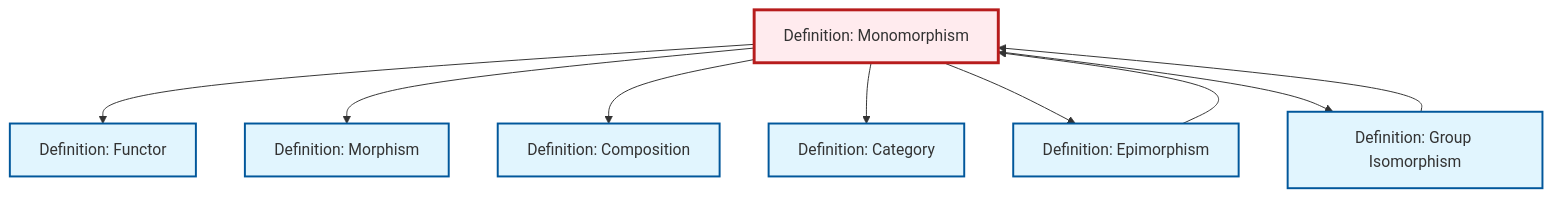
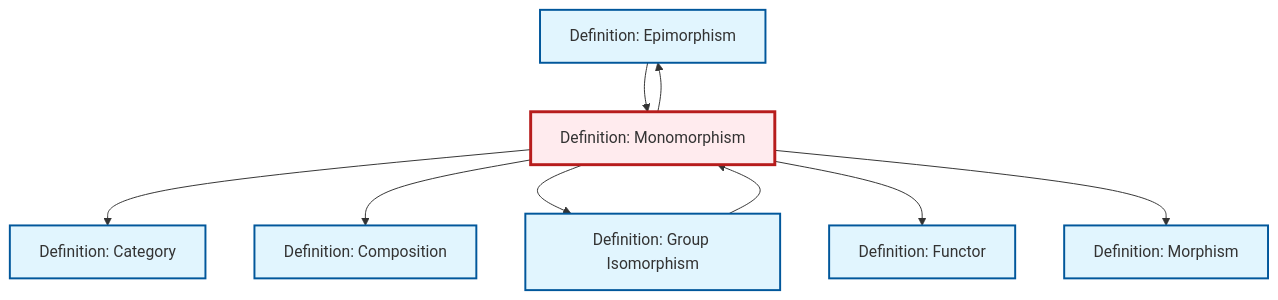
The diagram in content/en/category-theory/def-monomorphism.qmd (RK0429/ModernMath), drawn with Mermaid before and after one commit. The commit also changed other lines of this file and 634 other files, not shown here.

````diff
--- a/content/en/category-theory/def-monomorphism.qmd
+++ b/content/en/category-theory/def-monomorphism.qmd
@@ -95,31 +95,31 @@
 ```{mermaid}
 %%| fig-cap: "Local dependency graph"
 graph TD
     classDef definition fill:#e1f5fe,stroke:#01579b,stroke-width:2px
     classDef theorem fill:#f3e5f5,stroke:#4a148c,stroke-width:2px
     classDef axiom fill:#fff3e0,stroke:#e65100,stroke-width:2px
     classDef example fill:#e8f5e9,stroke:#1b5e20,stroke-width:2px
     classDef current fill:#ffebee,stroke:#b71c1c,stroke-width:3px
+    def-category["Definition: Category"]:::definition
     def-composition["Definition: Composition"]:::definition
+    def-epimorphism["Definition: Epimorphism"]:::definition
+    def-monomorphism["Definition: Monomorphism"]:::definition
+    def-isomorphism["Definition: Group Isomorphism"]:::definition
+    def-morphism["Definition: Morphism"]:::definition
     def-functor["Definition: Functor"]:::definition
-    def-monomorphism["Definition: Monomorphism"]:::definition
-    def-epimorphism["Definition: Epimorphism"]:::definition
-    def-morphism["Definition: Morphism"]:::definition
-    def-isomorphism["Definition: Group Isomorphism"]:::definition
-    def-category["Definition: Category"]:::definition
+    def-monomorphism --> def-epimorphism
+    def-epimorphism --> def-monomorphism
+    def-isomorphism --> def-monomorphism
+    def-monomorphism --> def-category
+    def-monomorphism --> def-composition
+    def-monomorphism --> def-isomorphism
     def-monomorphism --> def-functor
     def-monomorphism --> def-morphism
-    def-monomorphism --> def-composition
-    def-monomorphism --> def-category
-    def-monomorphism --> def-epimorphism
-    def-monomorphism --> def-isomorphism
-    def-epimorphism --> def-monomorphism
-    def-isomorphism --> def-monomorphism
     class def-monomorphism current
+    click def-category "def-category.html" "Go to Category definition"
     click def-composition "def-composition.html" "Go to Composition definition"
+    click def-epimorphism "def-epimorphism.html" "Go to Epimorphism definition"
+    click def-isomorphism "def-isomorphism.html" "Go to Group Isomorphism definition"
+    click def-morphism "def-morphism.html" "Go to Morphism definition"
     click def-functor "def-functor.html" "Go to Functor definition"
-    click def-epimorphism "def-epimorphism.html" "Go to Epimorphism definition"
-    click def-morphism "def-morphism.html" "Go to Morphism definition"
-    click def-isomorphism "def-isomorphism.html" "Go to Group Isomorphism definition"
-    click def-category "def-category.html" "Go to Category definition"
 ```
````
